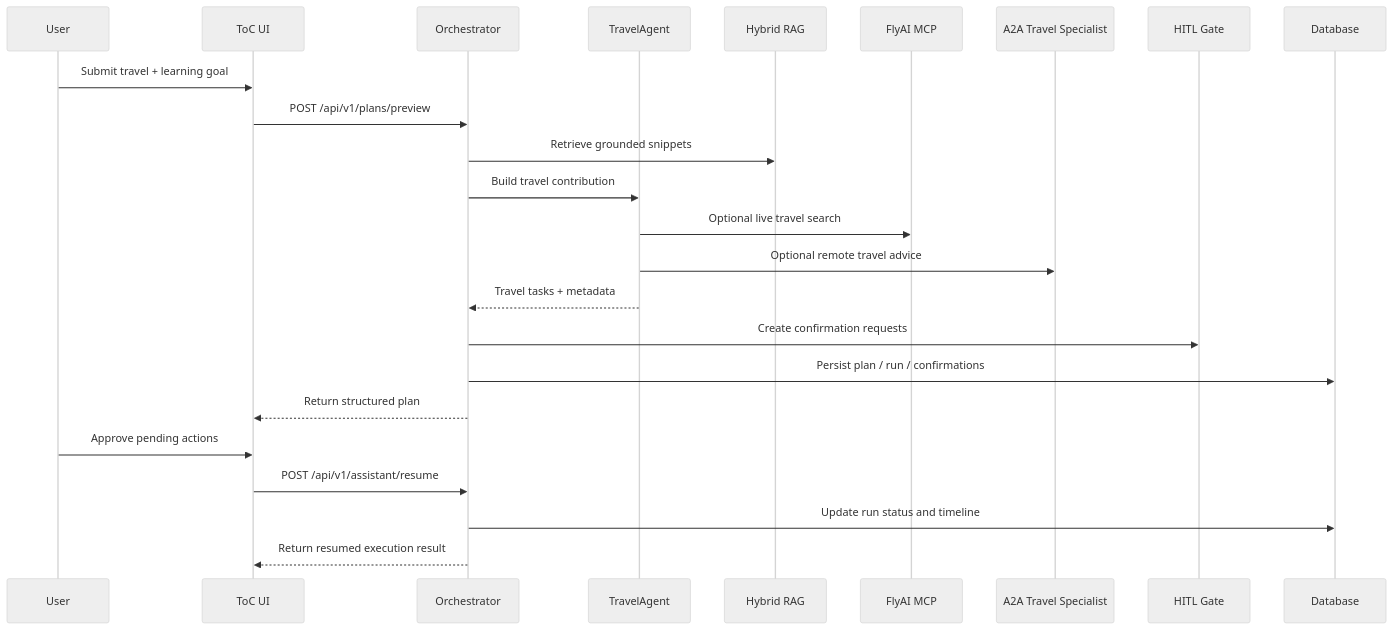
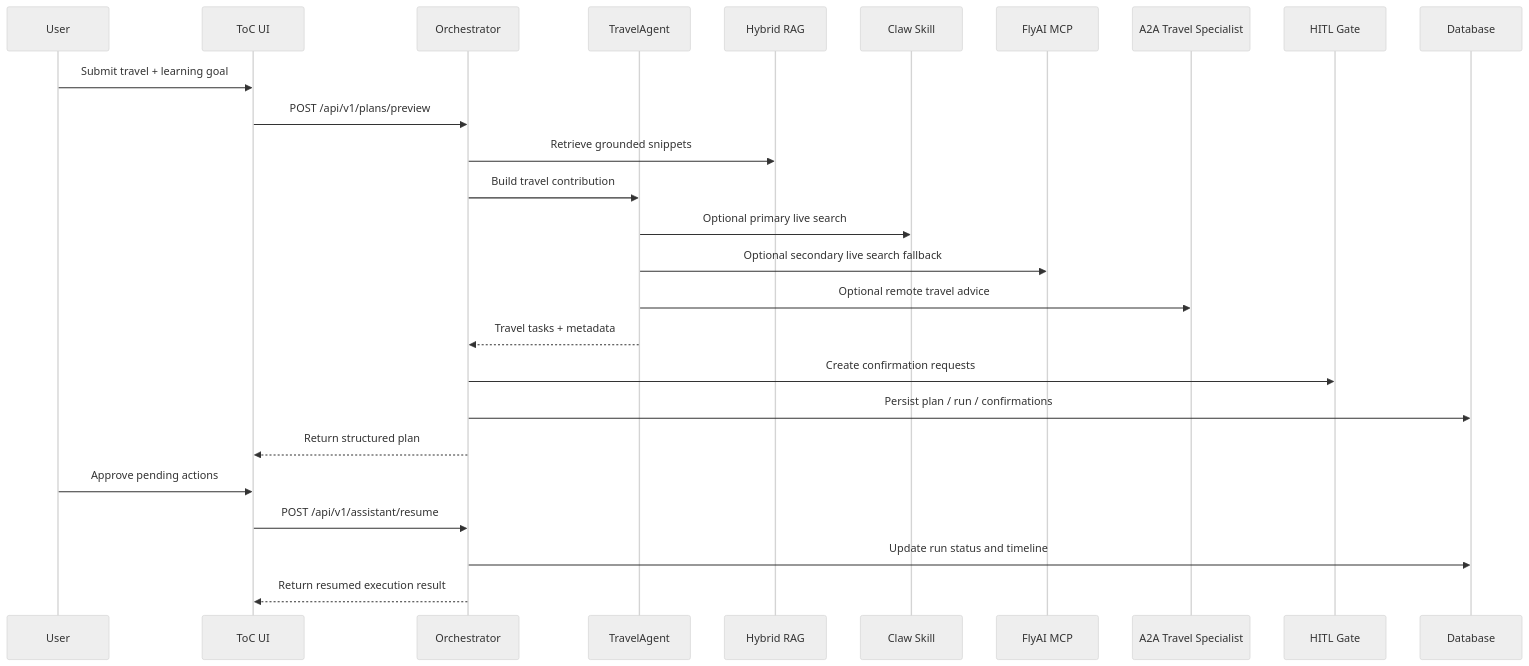
One commit to chenyuliang1996/life-os changed the third of 3 diagrams in docs/architecture.md. Above: the diagram before and after it, drawn with Mermaid (neutral theme). The commit also changed other lines of this file and 25 other files, not shown here.

First line of the commit message:
Prioritize Claw skills in travel search without sacrificing fallback reliability

````diff
--- a/docs/architecture.md
+++ b/docs/architecture.md
@@ -69,27 +72,29 @@
 ```mermaid
 sequenceDiagram
     participant U as User
     participant UI as ToC UI
     participant O as Orchestrator
     participant T as TravelAgent
     participant R as Hybrid RAG
+    participant C as Claw Skill
     participant F as FlyAI MCP
     participant A as A2A Travel Specialist
     participant H as HITL Gate
     participant D as Database
 
     U->>UI: Submit travel + learning goal
     UI->>O: POST /api/v1/plans/preview
     O->>R: Retrieve grounded snippets
     O->>T: Build travel contribution
-    T->>F: Optional live travel search
+    T->>C: Optional primary live search
+    T->>F: Optional secondary live search fallback
     T->>A: Optional remote travel advice
     T-->>O: Travel tasks + metadata
     O->>H: Create confirmation requests
     O->>D: Persist plan / run / confirmations
     O-->>UI: Return structured plan
     U->>UI: Approve pending actions
     UI->>O: POST /api/v1/assistant/resume
     O->>D: Update run status and timeline
     O-->>UI: Return resumed execution result
 ```
````
